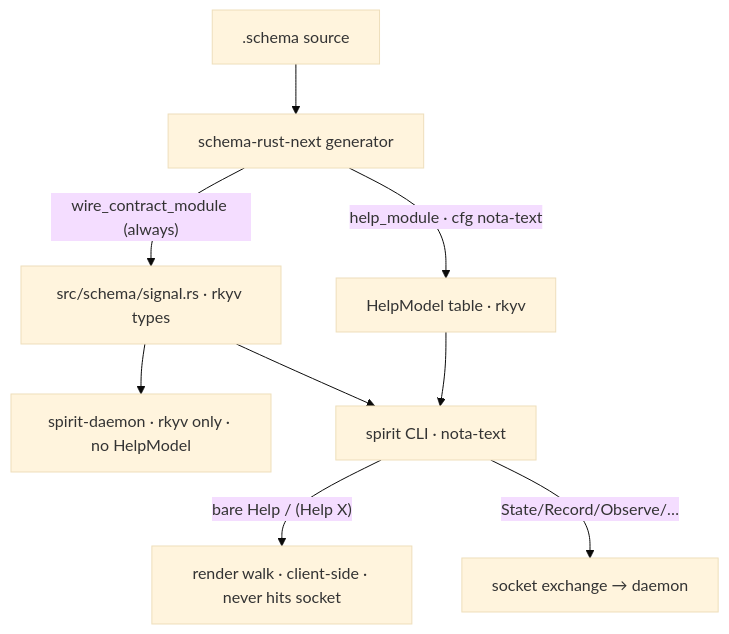
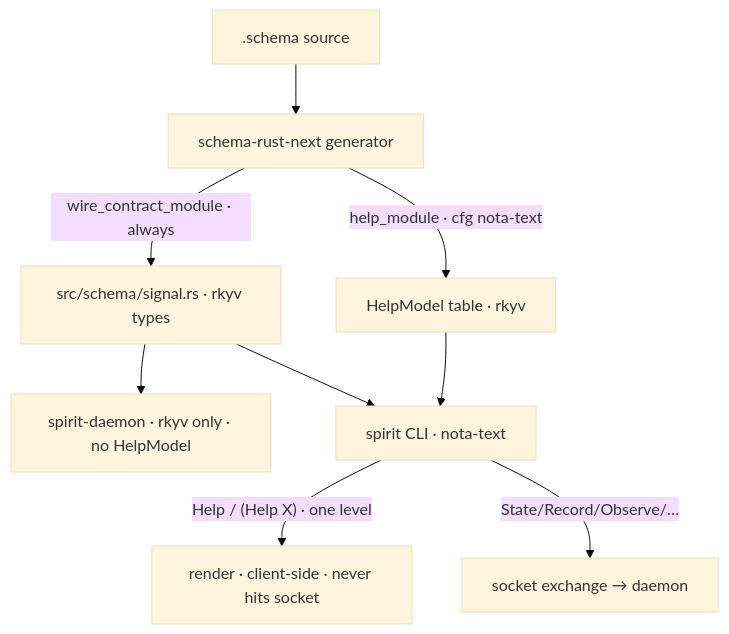
The diagram in reports/schema-designer/1-schema-help-recursive-spec.md (LiGoldragon/primary), drawn with Mermaid (base theme) before and after one commit. The commit also changed other lines of this file, not shown here.

First line of the commit message:
schema-designer: report 1 — schema-help one-level navigable spec

````diff
--- a/reports/schema-designer/1-schema-help-recursive-spec.md
+++ b/reports/schema-designer/1-schema-help-recursive-spec.md
@@ -169,11 +191,11 @@
 ```mermaid
 flowchart TD
   S[".schema source"] --> G["schema-rust-next generator"]
-  G -->|"wire_contract_module (always)"| W["src/schema/signal.rs · rkyv types"]
+  G -->|"wire_contract_module · always"| W["src/schema/signal.rs · rkyv types"]
   G -->|"help_module · cfg nota-text"| H["HelpModel table · rkyv"]
   W --> D["spirit-daemon · rkyv only · no HelpModel"]
   W --> C["spirit CLI · nota-text"]
   H --> C
-  C -->|"bare Help / (Help X)"| R["render walk · client-side · never hits socket"]
+  C -->|"Help / (Help X) · one level"| R["render · client-side · never hits socket"]
   C -->|"State/Record/Observe/…"| K["socket exchange → daemon"]
 ```
````
